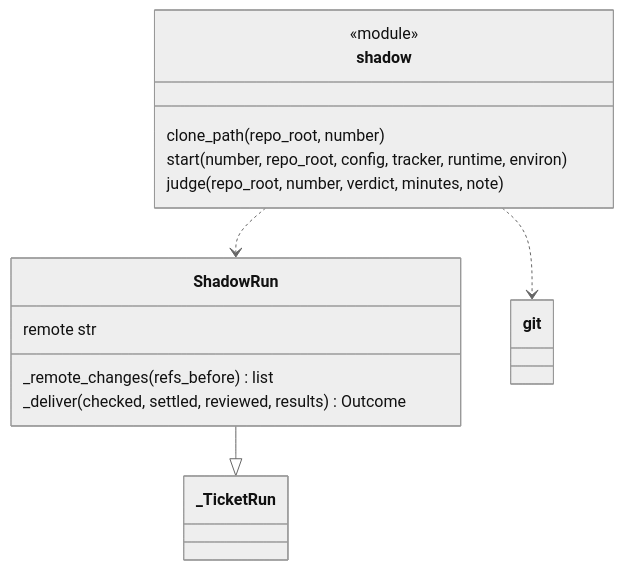
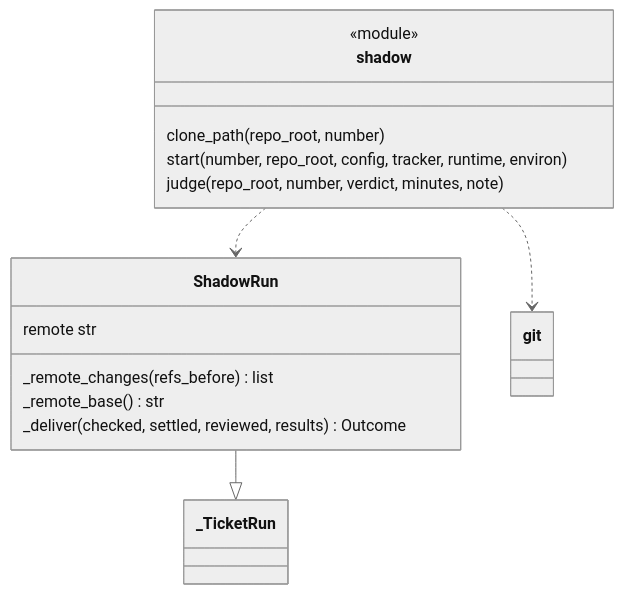
One commit to plaplanche/ariane changed the second of 3 diagrams in docs/architecture/modules/shadow.md. Above: the diagram before and after it, drawn with Mermaid (neutral theme). The commit also changed other lines of this file and 9 other files, not shown here.

````diff
--- a/docs/architecture/modules/shadow.md
+++ b/docs/architecture/modules/shadow.md
@@ -35,17 +35,18 @@
 ```mermaid
 classDiagram
 class ShadowRun {
   remote str
   _remote_changes(refs_before) list
+  _remote_base() str
   _deliver(checked, settled, reviewed, results) Outcome
 }
 ShadowRun --|> _TicketRun
 class shadow {
   <<module>>
   clone_path(repo_root, number)
   start(number, repo_root, config, tracker, runtime, environ)
   judge(repo_root, number, verdict, minutes, note)
 }
 shadow ..> ShadowRun
 shadow ..> git
 ```
````
